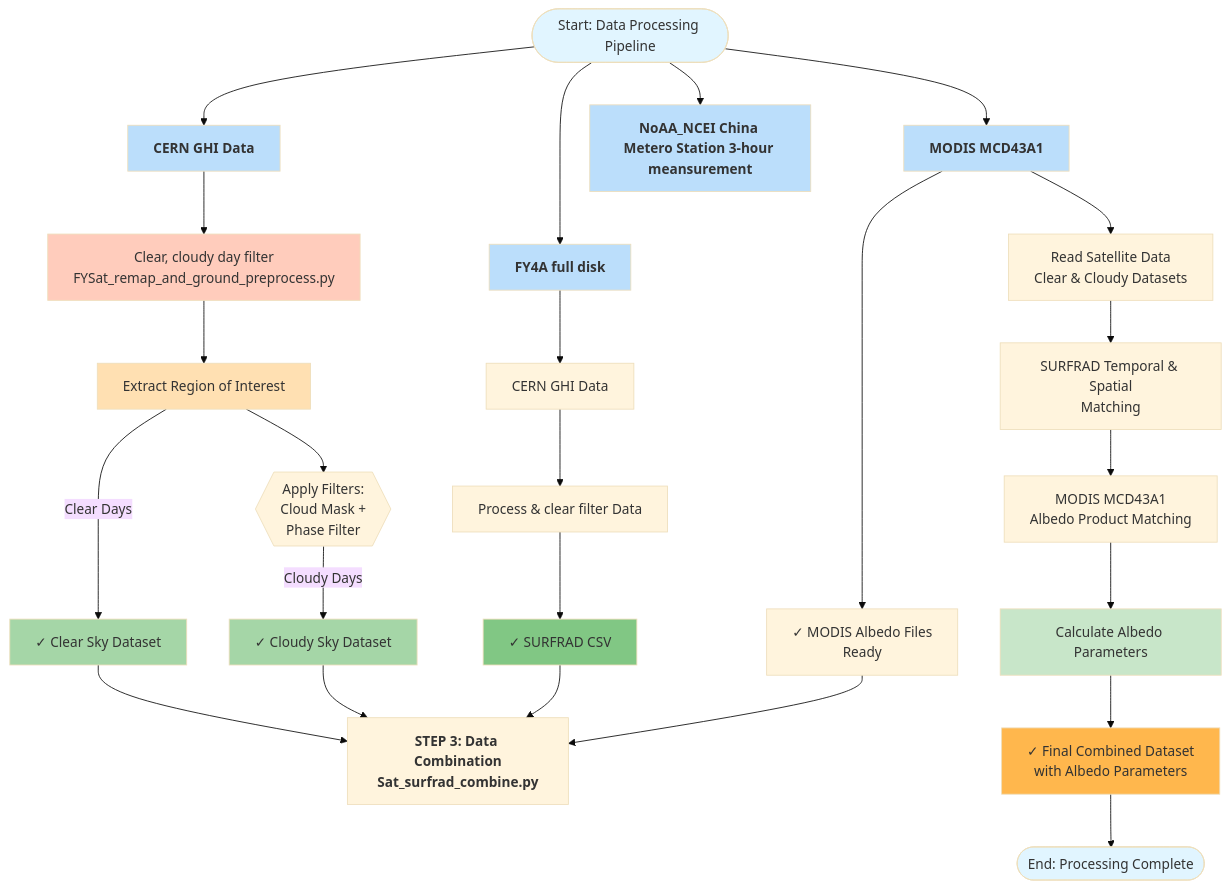
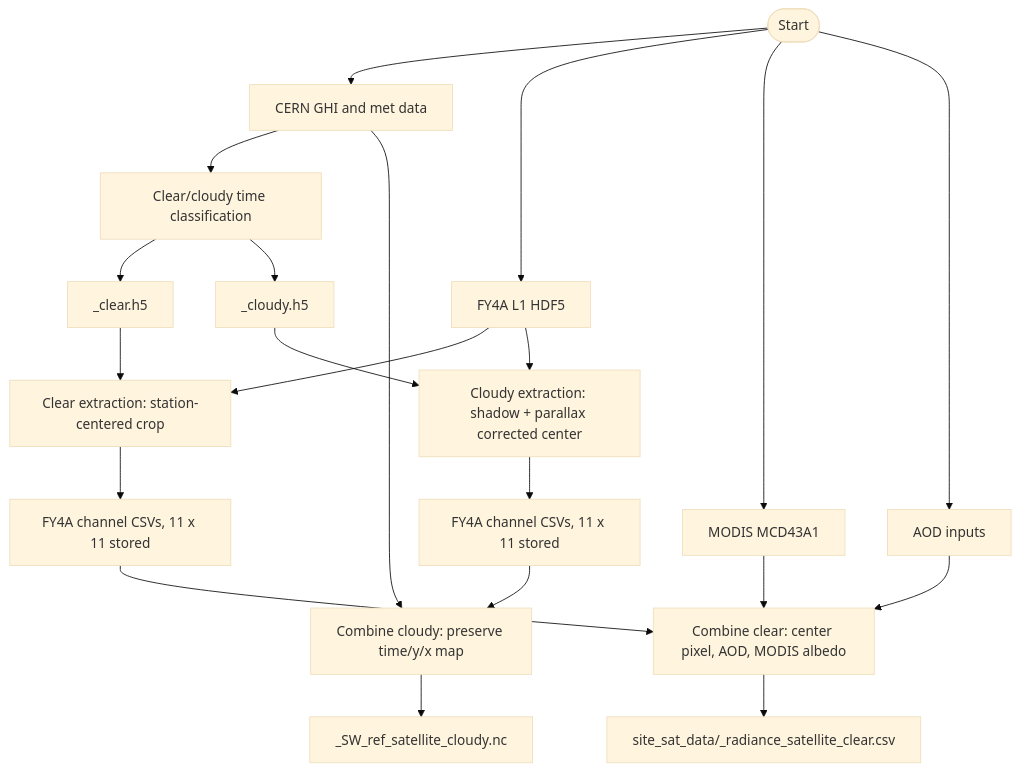
The diagram in Sat_Preprocessing/README_Preprocessing.md (andy1smith/FY4A_SWCOD), drawn with Mermaid (base theme) before and after one commit. The commit also changed other lines of this file and 249 other files, not shown here.

````diff
--- a/Sat_Preprocessing/README_Preprocessing.md
+++ b/Sat_Preprocessing/README_Preprocessing.md
@@ -75,47 +116,30 @@
 ```mermaid
 graph TD
-    Start([Start: Data Processing Pipeline]) --> Data1["<b>CERN GHI Data</b>"]
-    Start --> Data2["<b>FY4A full disk</b>"]
-    Start --> Data3["<b>MODIS MCD43A1</b>"]
-    Start --> Data4["<b>NoAA_NCEI China Metero Station 3-hour meansurement</b>"]
+    Start([Start]) --> Ground["CERN GHI and met data"]
+    Start --> FY4A["FY4A L1 HDF5"]
+    Start --> MODIS["MODIS MCD43A1"]
+    Start --> AOD["AOD inputs"]
 
-Data1 --> S1F1["Clear, cloudy day filter<br/>FYSat_remap_and_ground_preprocess.py"]
-S1F1 --> S1F2["Extract Region of Interest"]
-S1F2 --> S1Filter{{"Apply Filters:<br/>Cloud Mask +<br/>Phase Filter"}}
+    Ground --> Classify["Clear/cloudy time classification"]
+    Classify --> ClearHDF["<SITE>_clear.h5"]
+    Classify --> CloudHDF["<SITE>_cloudy.h5"]
 
-S1F2 -->|Clear Days| ClearOutput["✓ Clear Sky Dataset"]
-S1Filter -->|Cloudy Days| CloudyOutput["✓ Cloudy Sky Dataset"]
+    FY4A --> ExtractClear["Clear extraction: station-centered crop"]
+    FY4A --> ExtractCloud["Cloudy extraction: shadow + parallax corrected center"]
 
-Data2 --> S2F1["CERN GHI Data"]
-S2F1 --> S2F2["Process & clear filter Data"]
-S2F2 --> S2Output["✓ SURFRAD CSV"]
+    ClearHDF --> ExtractClear
+    CloudHDF --> ExtractCloud
 
-Data3 --> ManualDone["✓ MODIS Albedo Files<br/>Ready"]
+    ExtractClear --> ClearCSV["FY4A channel CSVs, 11 x 11 stored"]
+    ExtractCloud --> CloudCSV["FY4A channel CSVs, 11 x 11 stored"]
 
-ClearOutput --> Step3["<b>STEP 3: Data Combination<br/>Sat_surfrad_combine.py"]
-CloudyOutput --> Step3
-S2Output --> Step3
-ManualDone --> Step3
+    ClearCSV --> CombineClear["Combine clear: center pixel, AOD, MODIS albedo"]
+    CloudCSV --> CombineCloud["Combine cloudy: preserve time/y/x map"]
 
-Data3 --> S3F1["Read Satellite Data<br/>Clear & Cloudy Datasets"]
-S3F1 --> S3F2["SURFRAD Temporal & Spatial<br/>Matching"]
-S3F2 --> S3F3["MODIS MCD43A1<br/>Albedo Product Matching"]
-S3F3 --> S3F4["Calculate Albedo Parameters"]
+    MODIS --> CombineClear
+    AOD --> CombineClear
+    Ground --> CombineCloud
 
-S3F4 --> FinalOutput["✓ Final Combined Dataset<br/>with Albedo Parameters"]
-FinalOutput --> End([End: Processing Complete])
-
-style Start fill:#e1f5ff
-style End fill:#e1f5ff
-style Data1 fill:#bbdefb
-style Data2 fill:#bbdefb
-style Data3 fill:#bbdefb
-style Data4 fill:#bbdefb
-style S3F4 fill:#c8e6c9
-style S1F2 fill:#ffe0b2
-style S1F1 fill:#ffccbc
-style ClearOutput fill:#a5d6a7
-style CloudyOutput fill:#a5d6a7
-style S2Output fill:#81c784
-style FinalOutput fill:#ffb74d
+    CombineClear --> ClearOut["site_sat_data/<SITE>_radiance_satellite_clear.csv"]
+    CombineCloud --> CloudOut["<SITE>_SW_ref_satellite_cloudy.nc"]
 ```
````
